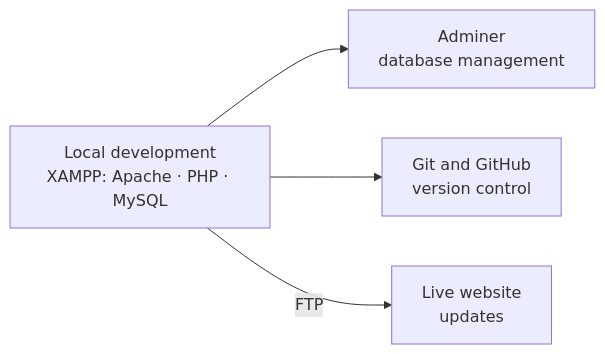
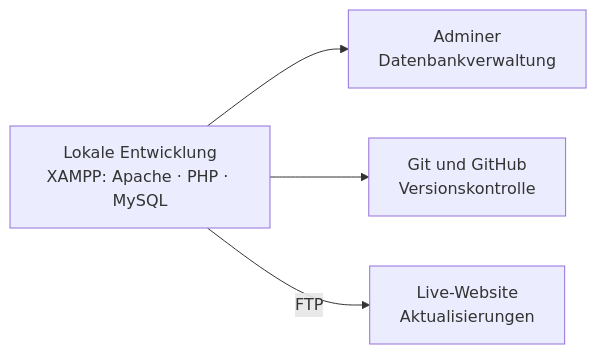
One commit to El-Tousy/admin-dashboard changed the second of 2 diagrams in README.md. Above: the diagram before and after it, drawn with Mermaid. The commit also changed other lines of this file, not shown here.

````diff
--- a/README.md
+++ b/README.md
@@ -143,6 +136,6 @@
 ```mermaid
 flowchart LR
-    A["Local development<br/>XAMPP: Apache · PHP · MySQL"] --> B["Adminer<br/>database management"]
-    A --> C["Git and GitHub<br/>version control"]
-    A -->|FTP| D["Live website<br/>updates"]
+    A["Lokale Entwicklung<br/>XAMPP: Apache · PHP · MySQL"] --> B["Adminer<br/>Datenbankverwaltung"]
+    A --> C["Git und GitHub<br/>Versionskontrolle"]
+    A -->|FTP| D["Live-Website<br/>Aktualisierungen"]
 ```
````
